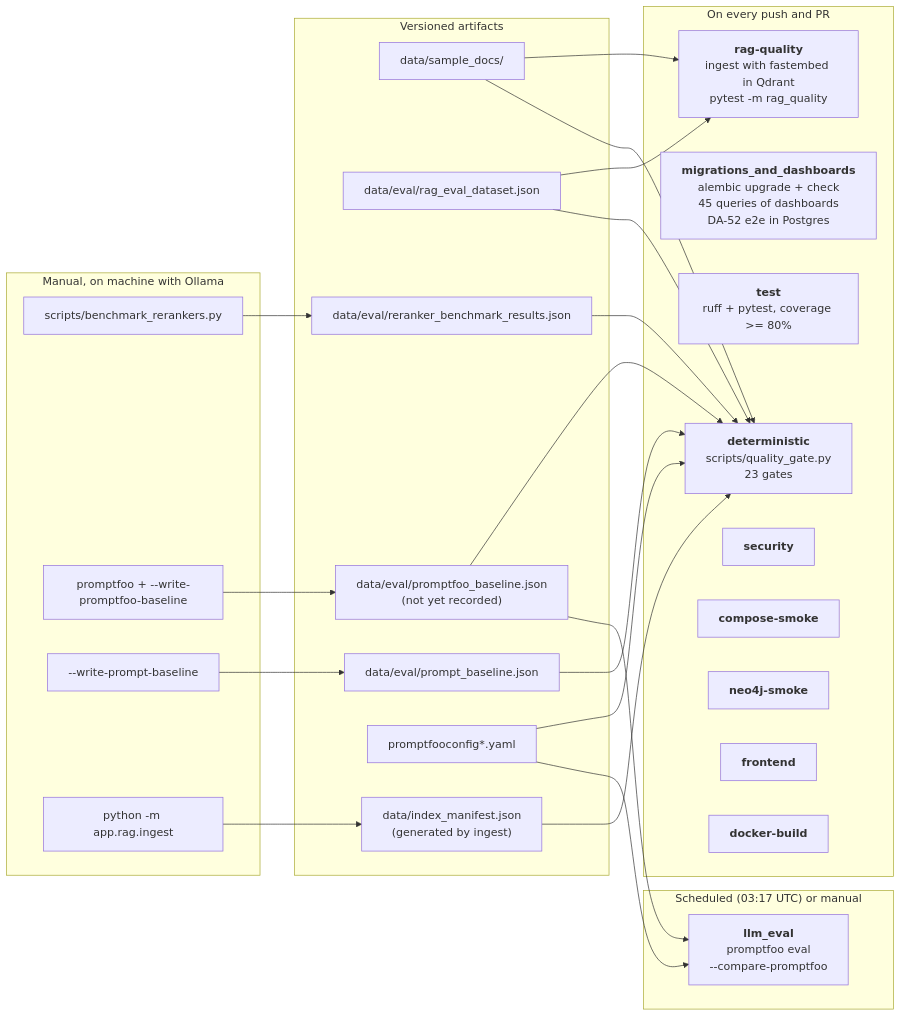
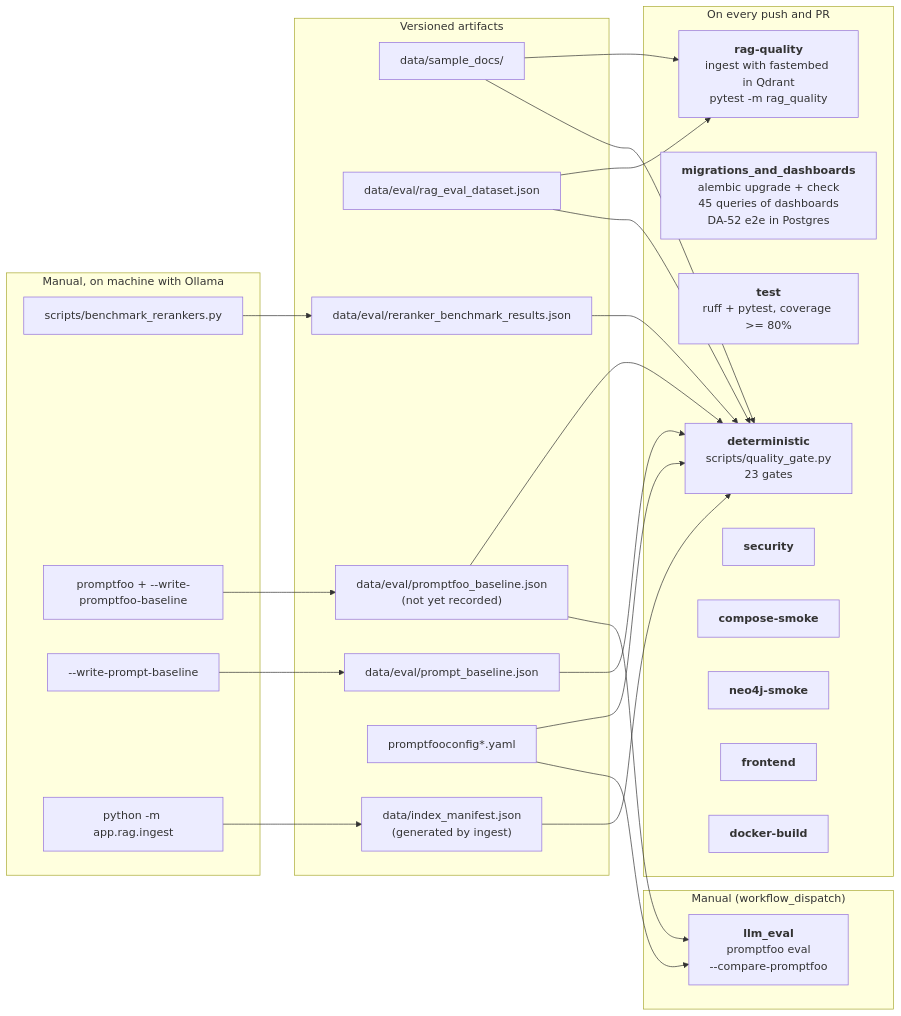
The diagram in docs/en/QUALITY_GATES.md (marcos-slima/integration-incident-copilot), drawn with Mermaid before and after one commit. The commit also changed other lines of this file and 5 other files, not shown here.

````diff
--- a/docs/en/QUALITY_GATES.md
+++ b/docs/en/QUALITY_GATES.md
@@ -43,51 +43,51 @@
 ```mermaid
 flowchart LR
     subgraph artifacts["Versioned artifacts"]
         docs["data/sample_docs/"]
         ds["data/eval/rag_eval_dataset.json"]
         rb["data/eval/reranker_benchmark_results.json"]
         pb["data/eval/prompt_baseline.json"]
         fb["data/eval/promptfoo_baseline.json<br/>(not yet recorded)"]
         cfg["promptfooconfig*.yaml"]
         mf["data/index_manifest.json<br/>(generated by ingest)"]
     end
 
     subgraph pr["On every push and PR"]
         det["<b>deterministic</b><br/>scripts/quality_gate.py<br/>23 gates"]
         mig["<b>migrations_and_dashboards</b><br/>alembic upgrade + check<br/>45 queries of dashboards<br/>DA-52 e2e in Postgres"]
         tst["<b>test</b><br/>ruff + pytest, coverage >= 80%"]
         rq["<b>rag-quality</b><br/>ingest with fastembed in Qdrant<br/>pytest -m rag_quality"]
         sec["<b>security</b>"]
         cs["<b>compose-smoke</b>"]
         n4["<b>neo4j-smoke</b>"]
         fe["<b>frontend</b>"]
         db["<b>docker-build</b>"]
     end
 
-    subgraph scheduled["Scheduled (03:17 UTC) or manual"]
+    subgraph scheduled["Manual (workflow_dispatch)"]
         llm["<b>llm_eval</b><br/>promptfoo eval<br/>--compare-promptfoo"]
     end
 
     subgraph manual["Manual, on machine with Ollama"]
         bm["scripts/benchmark_rerankers.py"]
         pf["promptfoo + --write-promptfoo-baseline"]
         pd["--write-prompt-baseline"]
         ing["python -m app.rag.ingest"]
     end
 
     docs --> rq
     ds --> rq
     ds --> det
     docs --> det
     rb --> det
     pb --> det
     cfg --> det
     fb --> det
     mf --> det
     cfg --> llm
     fb --> llm
     bm --> rb
     pf --> fb
     pd --> pb
     ing --> mf
 ```
````
